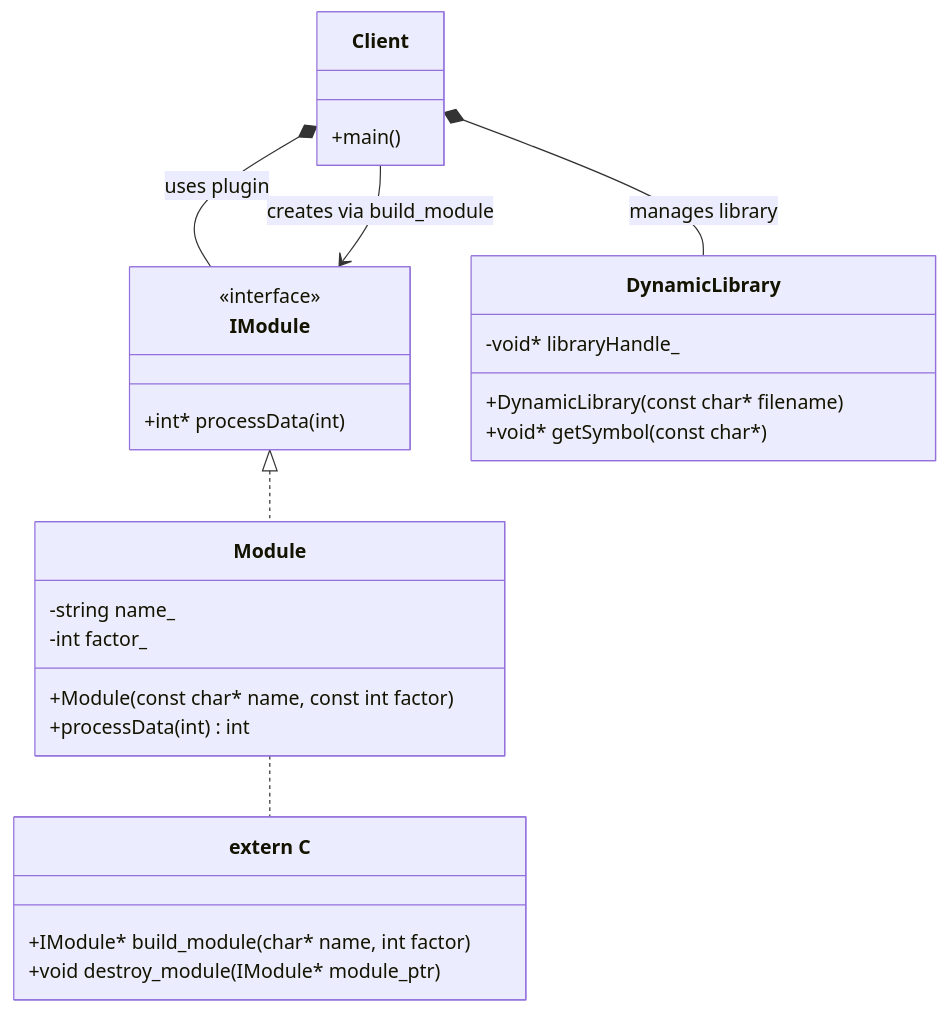
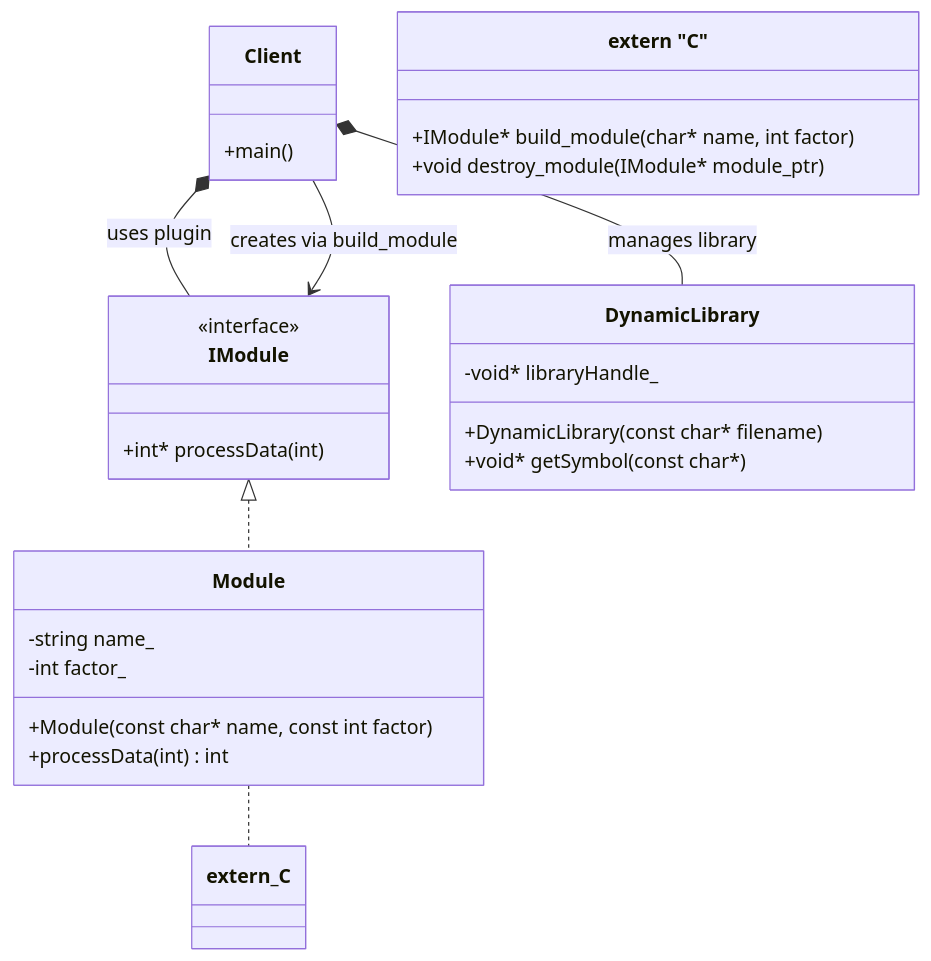
The diagram in 17_ModuleLoader/README.md (Cichlidfishexigency721/Modern-CPP-Design-Patterns), drawn with Mermaid before and after one commit. The commit also changed 1 other file, not shown here.

Commit message:
UML improvement

````diff
--- a/17_ModuleLoader/README.md
+++ b/17_ModuleLoader/README.md
@@ -113,44 +113,44 @@
 ```mermaid
 classDiagram
    class Client {
       +main()
    }
 
    class IModule {
       <<interface>>
       +int* processData(int)
    }
 
    class Module {
       -string name_
       -int factor_
       +Module(const char* name, const int factor)
       +processData(int) int
    }
 
    class DynamicLibrary {
       -void* libraryHandle_
       +DynamicLibrary(const char* filename)
       +void* getSymbol(const char*)
    }
 
-   class extern_C["extern C"] {
+   class `extern "C"` {
       +IModule* build_module(char* name, int factor)
       +void destroy_module(IModule* module_ptr)
    }
 
    %% Inheritance (Implements)
    IModule <|.. Module
 
    %% The Client owns the RAII wrapper for the library
    Client *-- DynamicLibrary : manages library
 
    %% The Client owns the module instance via unique_ptr
    Client *-- IModule : uses plugin
 
    %% The Client depends on the factory functions exported by the .so
    Client --> IModule : creates via build_module
 
    %%Module is managed via extern "C" funcions
    Module .. extern_C
 ```
````
